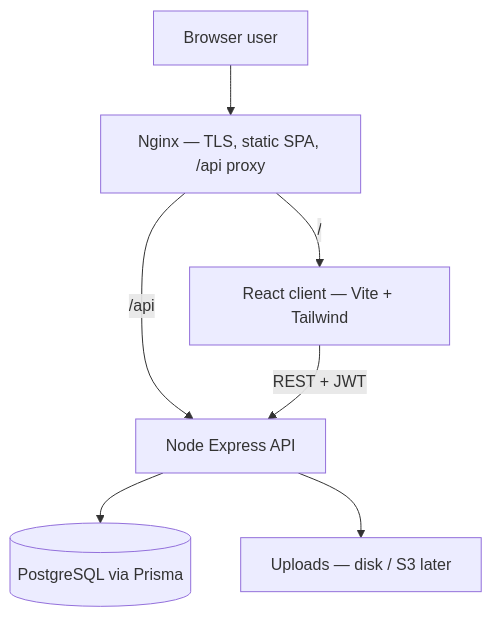
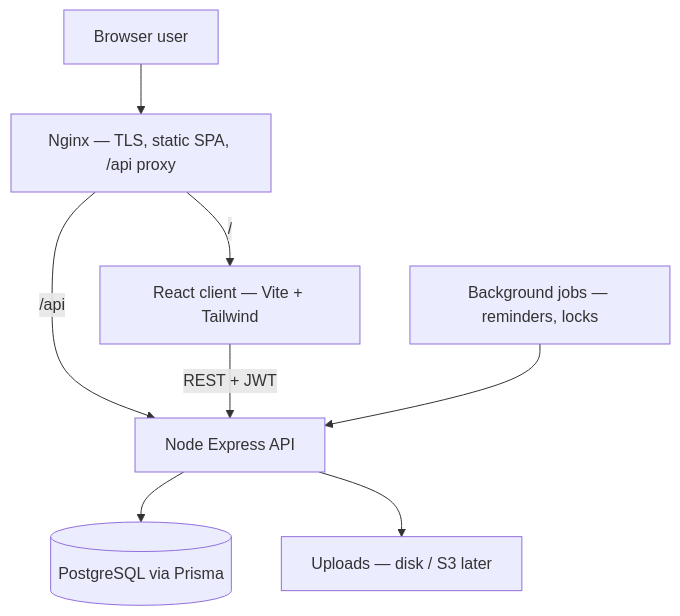
Before and after one commit to radheshDelphic12/delphic-one-new: the third of 13 diagrams in README.md, drawn with Mermaid. The commit also changed other lines of this file, not shown here.

````diff
--- a/README.md
+++ b/README.md
@@ -151,16 +167,17 @@
 ```mermaid
 flowchart TB
   User[Browser user]
   Nginx[Nginx — TLS, static SPA, /api proxy]
   Client[React client — Vite + Tailwind]
   API[Node Express API]
   DB[(PostgreSQL via Prisma)]
   Store[Uploads — disk / S3 later]
 
   User --> Nginx
   Nginx -->|/| Client
   Nginx -->|/api| API
   Client -->|REST + JWT| API
+  Cron[Background jobs — reminders, locks] --> API
   API --> DB
   API --> Store
 ```
````
